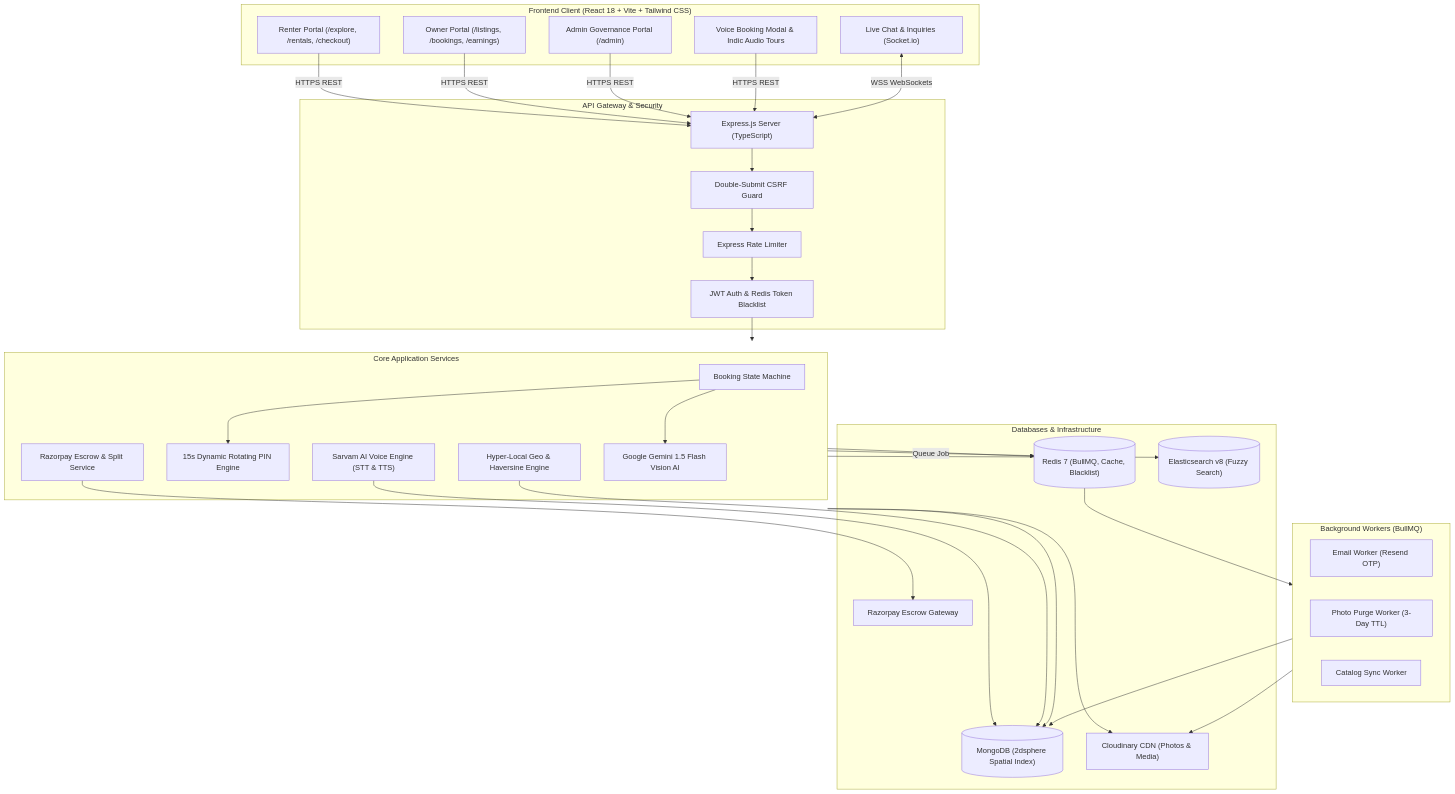
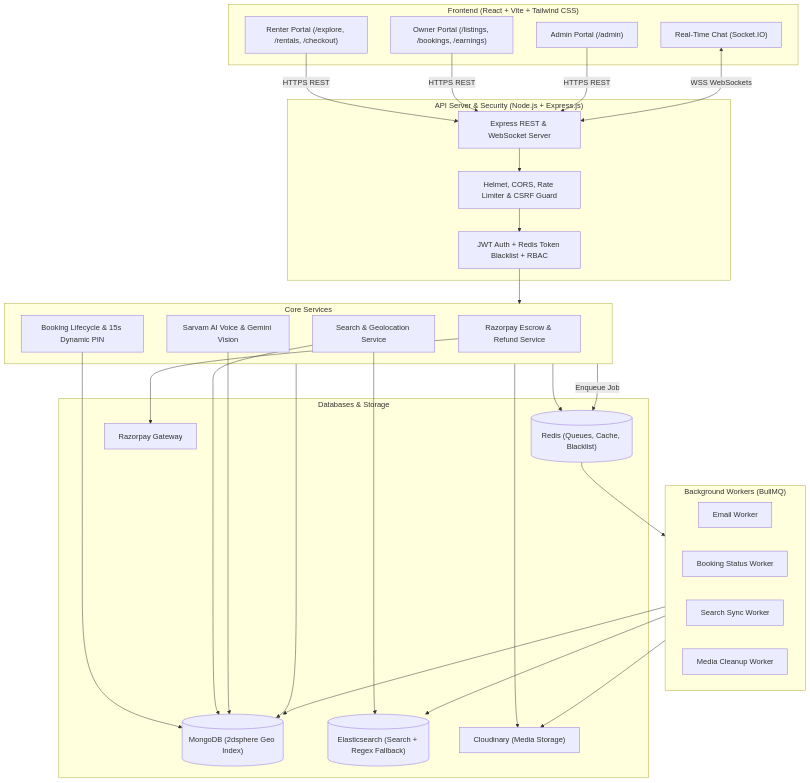
One commit to priyanshuraj20/Rentora changed the first of 4 diagrams in ReadMe.md. Above: the diagram before and after it, drawn with Mermaid. The commit also changed other lines of this file, not shown here.

````diff
--- a/ReadMe.md
+++ b/ReadMe.md
@@ -47,66 +28,62 @@
 ```mermaid
 flowchart TD
-    subgraph ClientLayer["Frontend Client (React 18 + Vite + Tailwind CSS)"]
+    subgraph ClientLayer["Frontend (React + Vite + Tailwind CSS)"]
         UI_Renter["Renter Portal (/explore, /rentals, /checkout)"]
         UI_Owner["Owner Portal (/listings, /bookings, /earnings)"]
-        UI_Admin["Admin Governance Portal (/admin)"]
-        UI_Voice["Voice Booking Modal & Indic Audio Tours"]
-        UI_Chat["Live Chat & Inquiries (Socket.io)"]
+        UI_Admin["Admin Portal (/admin)"]
+        UI_Chat["Real-Time Chat (Socket.IO)"]
     end
 
-    subgraph Gateway["API Gateway & Security"]
-        Server["Express.js Server (TypeScript)"]
-        AuthMid["JWT Auth & Redis Token Blacklist"]
-        CSRFMid["Double-Submit CSRF Guard"]
-        RateMid["Express Rate Limiter"]
+    subgraph Gateway["API Server & Security (Node.js + Express.js)"]
+        Server["Express REST & WebSocket Server"]
+        SecMid["Helmet, CORS, Rate Limiter & CSRF Guard"]
+        AuthMid["JWT Auth + Redis Token Blacklist + RBAC"]
     end
 
-    subgraph Services["Core Application Services"]
-        BookingSvc["Booking State Machine"]
-        PaymentSvc["Razorpay Escrow & Split Service"]
-        PINSvc["15s Dynamic Rotating PIN Engine"]
-        GeoSvc["Hyper-Local Geo & Haversine Engine"]
-        VoiceSvc["Sarvam AI Voice Engine (STT & TTS)"]
-        VisionSvc["Google Gemini 1.5 Flash Vision AI"]
+    subgraph Services["Core Services"]
+        BookingSvc["Booking Lifecycle & 15s Dynamic PIN"]
+        PaymentSvc["Razorpay Escrow & Refund Service"]
+        ExploreSvc["Search & Geolocation Service"]
+        VoiceSvc["Sarvam AI Voice & Gemini Vision"]
     end
 
-    subgraph DataLayer["Databases & Infrastructure"]
-        MongoDB[("MongoDB (2dsphere Spatial Index)")]
-        RedisDB[("Redis 7 (BullMQ, Cache, Blacklist)")]
-        ElasticDB[("Elasticsearch v8 (Fuzzy Search)")]
-        CloudinaryStore["Cloudinary CDN (Photos & Media)"]
-        RazorpayVault["Razorpay Escrow Gateway"]
+    subgraph DataLayer["Databases & Storage"]
+        MongoDB[("MongoDB (2dsphere Geo Index)")]
+        RedisDB[("Redis (Queues, Cache, Blacklist)")]
+        ElasticDB[("Elasticsearch (Search + Regex Fallback)")]
+        CloudinaryStore["Cloudinary (Media Storage)"]
+        RazorpayVault["Razorpay Gateway"]
     end
 
     subgraph Workers["Background Workers (BullMQ)"]
-        EmailQ["Email Worker (Resend OTP)"]
-        PhotoQ["Photo Purge Worker (3-Day TTL)"]
-        SyncQ["Catalog Sync Worker"]
+        EmailQ["Email Worker"]
+        StatusQ["Booking Status Worker"]
+        SyncQ["Search Sync Worker"]
+        PhotoQ["Media Cleanup Worker"]
     end
 
     UI_Renter -->|HTTPS REST| Server
     UI_Owner -->|HTTPS REST| Server
     UI_Admin -->|HTTPS REST| Server
-    UI_Voice -->|HTTPS REST| Server
     UI_Chat <-->|WSS WebSockets| Server
-    Server --> CSRFMid
-    CSRFMid --> RateMid
-    RateMid --> AuthMid
+
+    Server --> SecMid
+    SecMid --> AuthMid
     AuthMid --> Services
 
-    BookingSvc --> PINSvc
-    BookingSvc --> VisionSvc
+    BookingSvc --> MongoDB
     PaymentSvc --> RazorpayVault
+    ExploreSvc --> ElasticDB
+    ExploreSvc --> MongoDB
     VoiceSvc --> MongoDB
-    GeoSvc --> MongoDB
 
     Services --> MongoDB
     Services --> RedisDB
-    Services --> ElasticDB
     Services --> CloudinaryStore
 
-    Services -->|Queue Job| RedisDB
+    Services -->|Enqueue Job| RedisDB
     RedisDB --> Workers
     Workers --> MongoDB
+    Workers --> ElasticDB
     Workers --> CloudinaryStore
 ```
````
